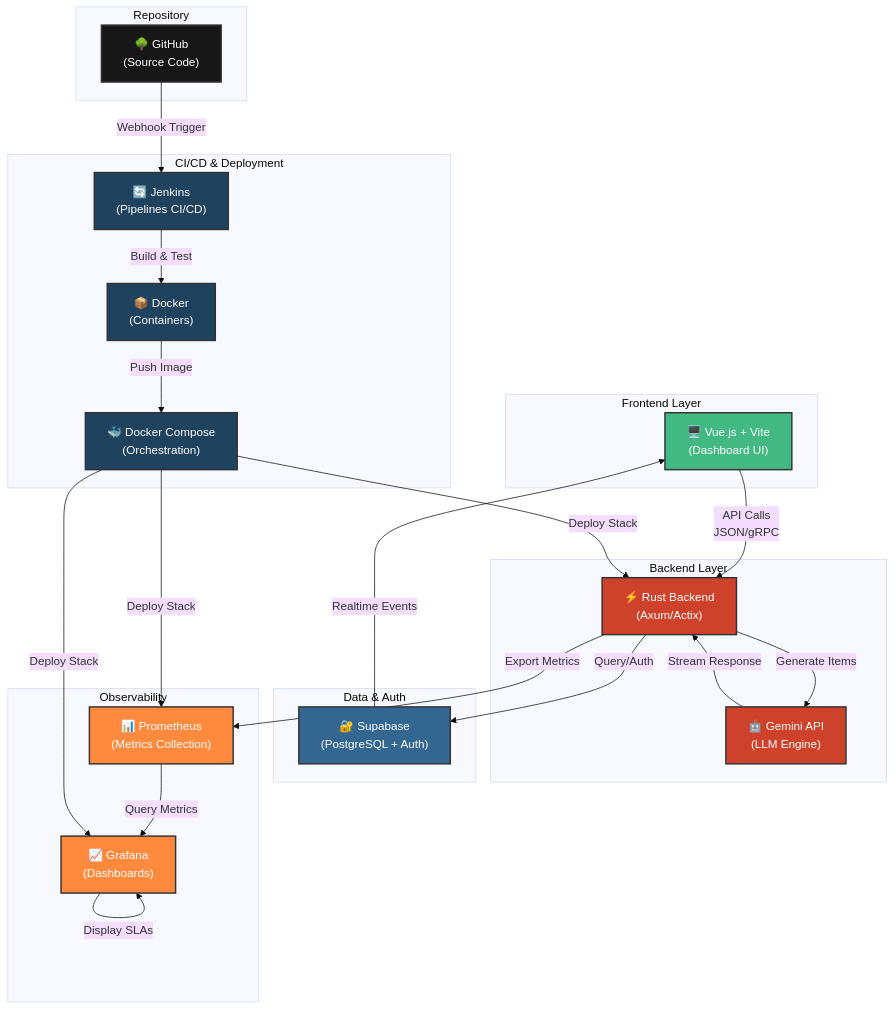
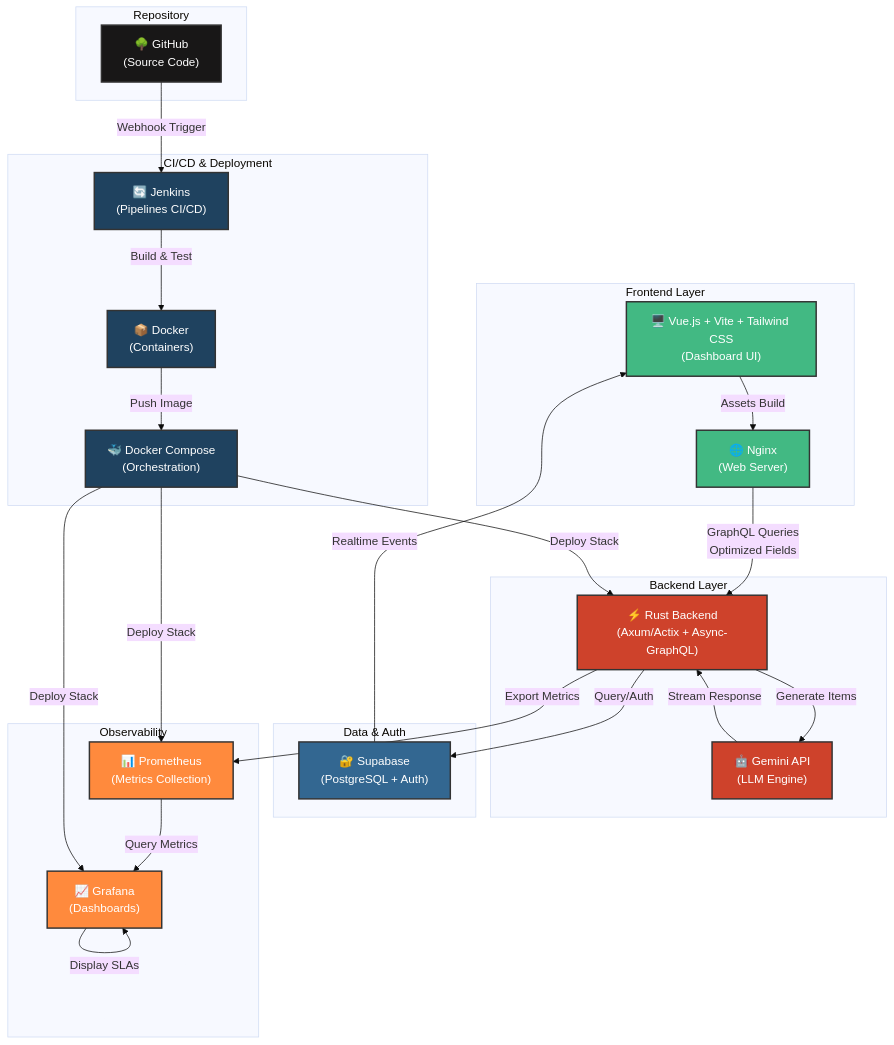
Before and after one commit to hbgit/aevalo: the diagram in doc/engineering/techdesign.md, drawn with Mermaid (base theme). The commit also changed other lines of this file, not shown here.

````diff
--- a/doc/engineering/techdesign.md
+++ b/doc/engineering/techdesign.md
@@ -94,73 +98,75 @@
 ```mermaid
 graph TB
     subgraph "Frontend Layer"
-        Vue["🖥️ Vue.js + Vite<br/>(Dashboard UI)"]
+        Vue["🖥️ Vue.js + Vite + Tailwind CSS<br/>(Dashboard UI)"]
+        Nginx["🌐 Nginx<br/>(Web Server)"]
     end
     
     subgraph "CI/CD & Deployment"
         Jenkins["🔄 Jenkins<br/>(Pipelines CI/CD)"]
         Docker["📦 Docker<br/>(Containers)"]
         Compose["🐳 Docker Compose<br/>(Orchestration)"]
     end
     
     subgraph "Backend Layer"
-        Rust["⚡ Rust Backend<br/>(Axum/Actix)"]
+        Rust["⚡ Rust Backend<br/>(Axum/Actix + Async-GraphQL)"]
         Gemini["🤖 Gemini API<br/>(LLM Engine)"]
     end
     
     subgraph "Data & Auth"
         Supabase["🔐 Supabase<br/>(PostgreSQL + Auth)"]
     end
     
     subgraph "Observability"
         Prometheus["📊 Prometheus<br/>(Metrics Collection)"]
         Grafana["📈 Grafana<br/>(Dashboards)"]
     end
     
     subgraph "Repository"
         GitHub["🌳 GitHub<br/>(Source Code)"]
     end
     
     %% Frontend to Backend
-    Vue -->|API Calls<br/>JSON/gRPC| Rust
+    Vue -->|Assets Build| Nginx
+    Nginx -->|GraphQL Queries<br/>Optimized Fields| Rust
     
     %% Backend to Data
     Rust -->|Query/Auth| Supabase
     
     %% Backend to AI
     Rust -->|Generate Items| Gemini
     Gemini -->|Stream Response| Rust
     
     %% Backend to Monitoring
     Rust -->|Export Metrics| Prometheus
     
     %% Monitoring Dashboard
     Prometheus -->|Query Metrics| Grafana
     Grafana -->|Display SLAs| Grafana
     
     %% CI/CD Pipeline
     GitHub -->|Webhook Trigger| Jenkins
     Jenkins -->|Build & Test| Docker
     Docker -->|Push Image| Compose
     Compose -->|Deploy Stack| Rust
     Compose -->|Deploy Stack| Prometheus
     Compose -->|Deploy Stack| Grafana
     
     %% Realtime Updates
     Supabase -->|Realtime Events| Vue
     
     %% Styling
     classDef frontend fill:#42b983,stroke:#333,stroke-width:2px,color:#fff
     classDef backend fill:#ce422b,stroke:#333,stroke-width:2px,color:#fff
     classDef data fill:#336791,stroke:#333,stroke-width:2px,color:#fff
     classDef devops fill:#1f425f,stroke:#333,stroke-width:2px,color:#fff
     classDef monitoring fill:#ff8a3d,stroke:#333,stroke-width:2px,color:#fff
     classDef repo fill:#181717,stroke:#333,stroke-width:2px,color:#fff
     
-    class Vue frontend
+    class Vue,Nginx frontend
     class Rust,Gemini backend
     class Supabase data
     class Jenkins,Docker,Compose devops
     class Prometheus,Grafana monitoring
     class GitHub repo
 ```
````
